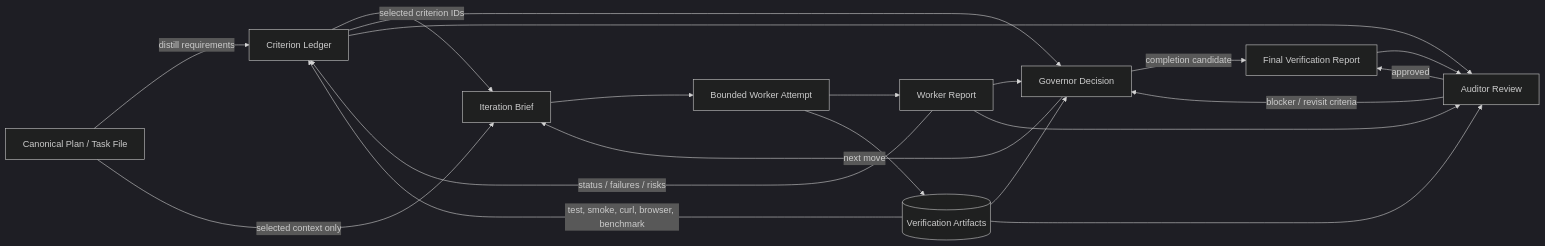
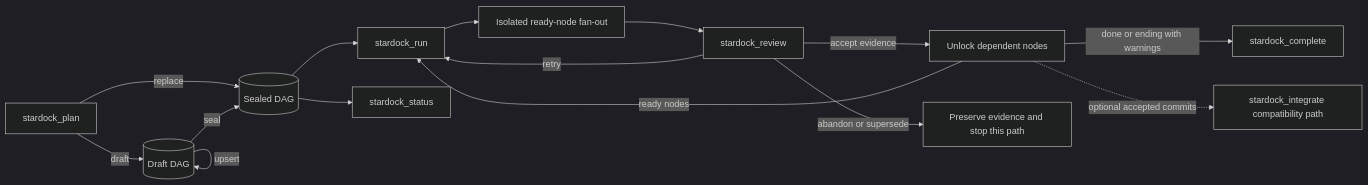
The first of 6 diagrams in agent/extensions/private/stardock/docs/architecture-diagrams.md (BadLiveware/pi), drawn with Mermaid (dark theme) before and after one commit. The commit also changed other lines of this file and 96 other files, not shown here.

First line of the commit message:
feat(stardock): add governor-led DAG execution and recovery

````diff
--- a/agent/extensions/private/stardock/docs/architecture-diagrams.md
+++ b/agent/extensions/private/stardock/docs/architecture-diagrams.md
@@ -151,38 +9,17 @@
 ```mermaid
 flowchart LR
-  Plan[Canonical Plan / Task File]
-  Ledger[Criterion Ledger]
-  Brief[Iteration Brief]
-  Work[Bounded Worker Attempt]
-  Report[Worker Report]
-  Evidence[(Verification Artifacts)]
-  Governor[Governor Decision]
-  Auditor[Auditor Review]
-  Final[Final Verification Report]
-
-  Plan -->|distill requirements| Ledger
-  Ledger -->|selected criterion IDs| Brief
-  Plan -->|selected context only| Brief
-
-  Brief --> Work
-  Work --> Report
-  Work --> Evidence
-
-  Report -->|status / failures / risks| Ledger
-  Evidence -->|test, smoke, curl, browser, benchmark| Ledger
-
-  Ledger --> Governor
-  Report --> Governor
-  Evidence --> Governor
-
-  Governor -->|next move| Brief
-  Governor -->|completion candidate| Final
-
-  Final --> Auditor
-  Ledger --> Auditor
-  Report --> Auditor
-  Evidence --> Auditor
-
-  Auditor -->|approved| Final
-  Auditor -->|blocker / revisit criteria| Governor
+  Plan[stardock_plan] -->|replace| DAG[(Sealed DAG)]
+  Plan -->|draft| Draft[(Draft DAG)]
+  Draft -->|upsert| Draft
+  Draft -->|seal| DAG
+  DAG --> Run[stardock_run]
+  Run --> Workers[Isolated ready-node fan-out]
+  Workers --> Review[stardock_review]
+  Review -->|accept evidence| Unlock[Unlock dependent nodes]
+  Unlock -->|ready nodes| Run
+  Review -->|retry| Run
+  Review -->|abandon or supersede| Stop[Preserve evidence and stop this path]
+  Unlock -->|done or ending with warnings| Complete[stardock_complete]
+  Unlock -.->|optional accepted commits| Integrate[stardock_integrate compatibility path]
+  DAG --> Status[stardock_status]
 ```
````
